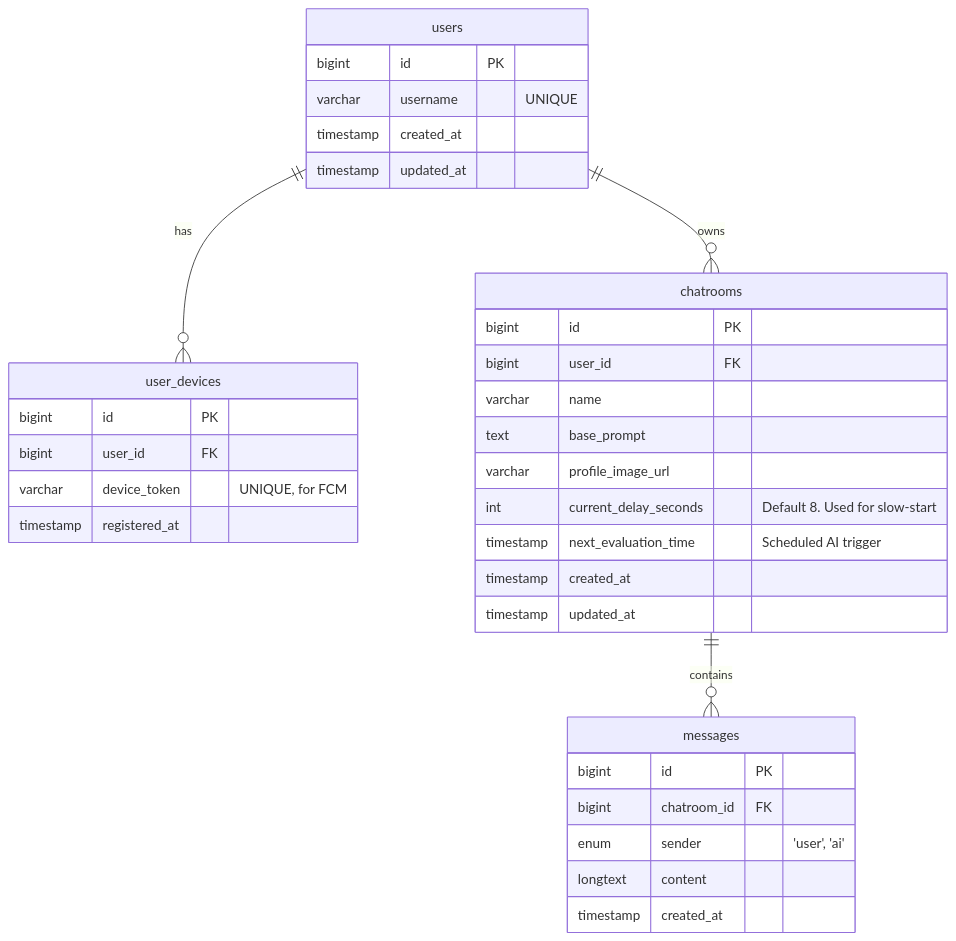
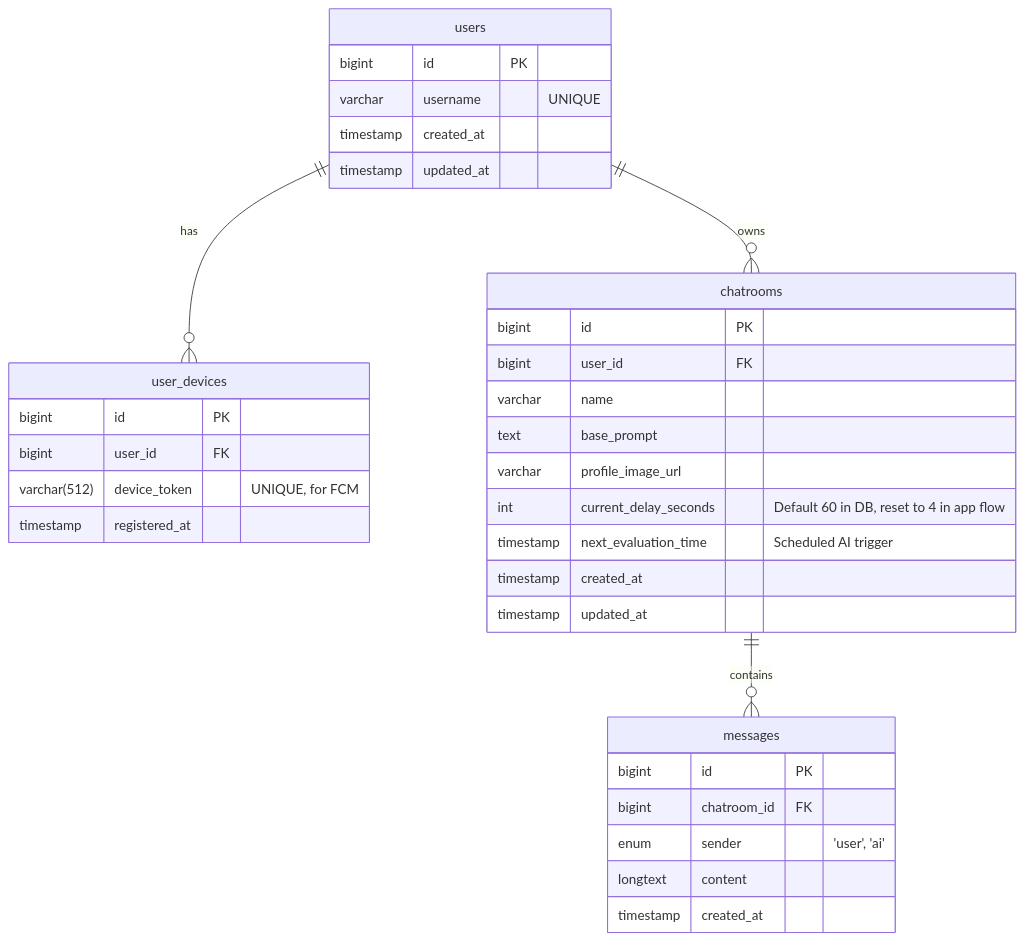
The diagram in contexts/SCHEMA.md (wndgur2/chatty-backend), drawn with Mermaid before and after one commit. The commit also changed other lines of this file and 20 other files, not shown here.

````diff
--- a/contexts/SCHEMA.md
+++ b/contexts/SCHEMA.md
@@ -7,40 +7,40 @@
 ```mermaid
 erDiagram
     users ||--o{ user_devices : "has"
     users ||--o{ chatrooms : "owns"
     chatrooms ||--o{ messages : "contains"
 
     users {
         bigint id PK
         varchar username "UNIQUE"
         timestamp created_at
         timestamp updated_at
     }
 
     user_devices {
         bigint id PK
         bigint user_id FK
-        varchar device_token "UNIQUE, for FCM"
+        varchar(512) device_token "UNIQUE, for FCM"
         timestamp registered_at
     }
 
     chatrooms {
         bigint id PK
         bigint user_id FK
         varchar name
         text base_prompt
         varchar profile_image_url
-        int current_delay_seconds "Default 8. Used for slow-start"
+        int current_delay_seconds "Default 60 in DB, reset to 4 in app flow"
         timestamp next_evaluation_time "Scheduled AI trigger"
         timestamp created_at
         timestamp updated_at
     }
 
     messages {
         bigint id PK
         bigint chatroom_id FK
         enum sender "'user', 'ai'"
         longtext content
         timestamp created_at
     }
 ```
````
